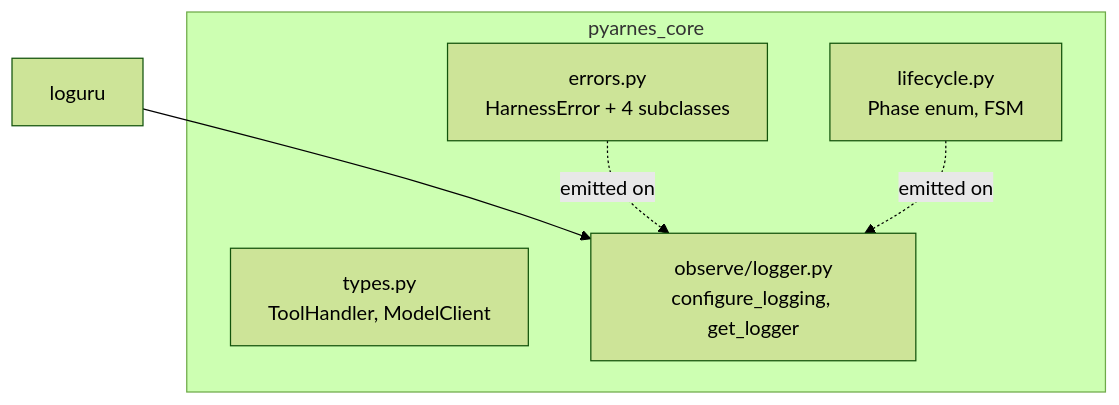
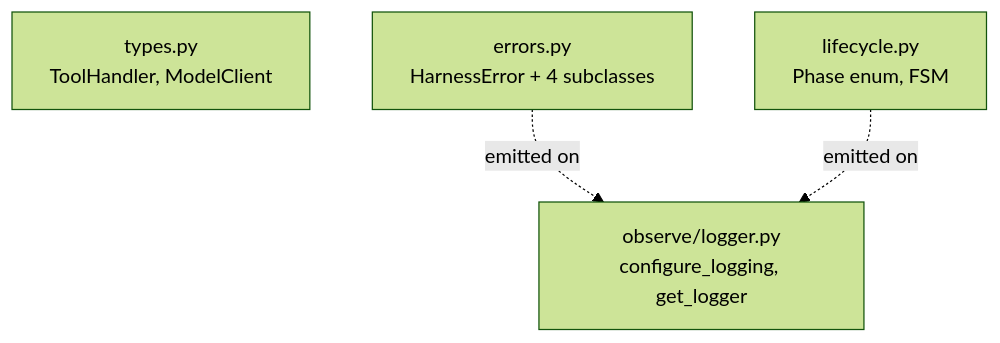
Before and after one commit to Cognitivemesh/pyarnes: the diagram in docs/maintainer/packages/core.md, drawn with Mermaid (forest theme). The commit also changed other lines of this file and 7 other files, not shown here.

````diff
--- a/docs/maintainer/packages/core.md
+++ b/docs/maintainer/packages/core.md
@@ -13,13 +15,10 @@
 ```mermaid
 graph TB
-    subgraph pyarnes_core
-        Types[types.py<br/>ToolHandler, ModelClient]
-        Errors[errors.py<br/>HarnessError + 4 subclasses]
-        Lifecycle[lifecycle.py<br/>Phase enum, FSM]
-        Observe[observe/logger.py<br/>configure_logging, get_logger]
-    end
+    Types[types.py<br/>ToolHandler, ModelClient]
+    Errors[errors.py<br/>HarnessError + 4 subclasses]
+    Lifecycle[lifecycle.py<br/>Phase enum, FSM]
+    Observe[observe/logger.py<br/>configure_logging, get_logger]
 
-    Loguru[loguru] --> Observe
     Errors -.emitted on.-> Observe
     Lifecycle -.emitted on.-> Observe
 ```
````
